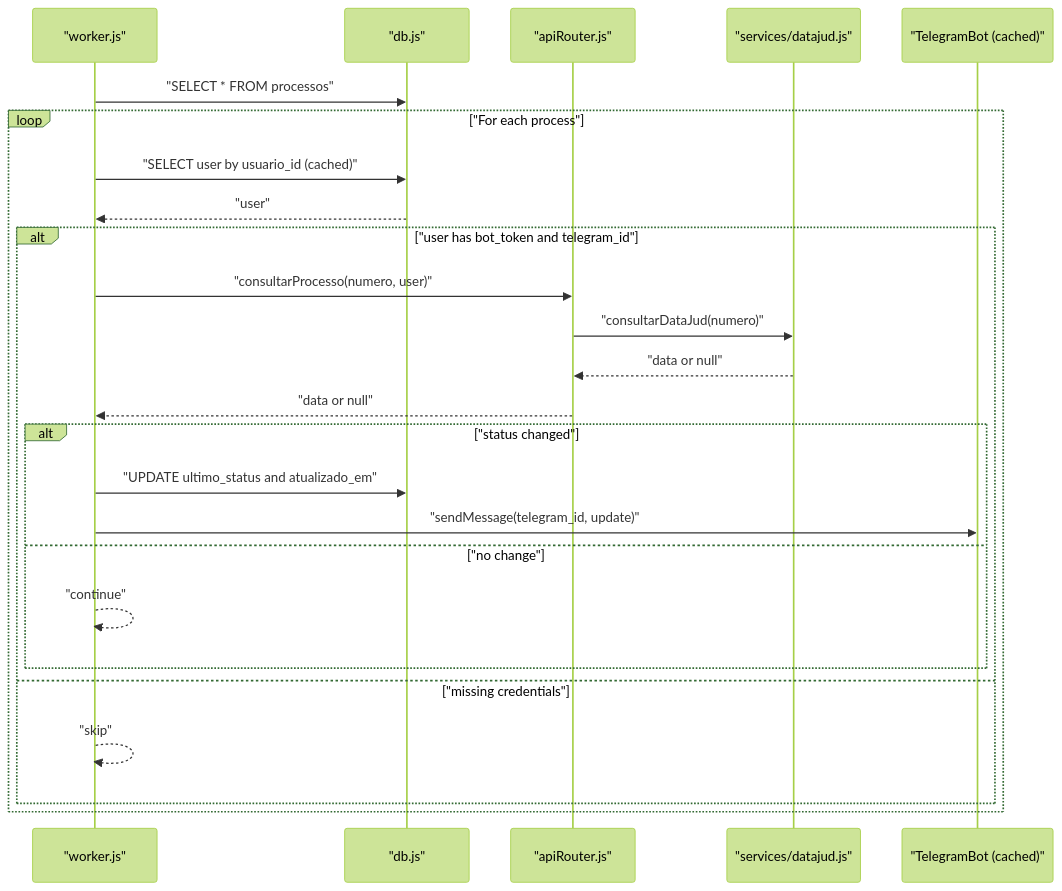
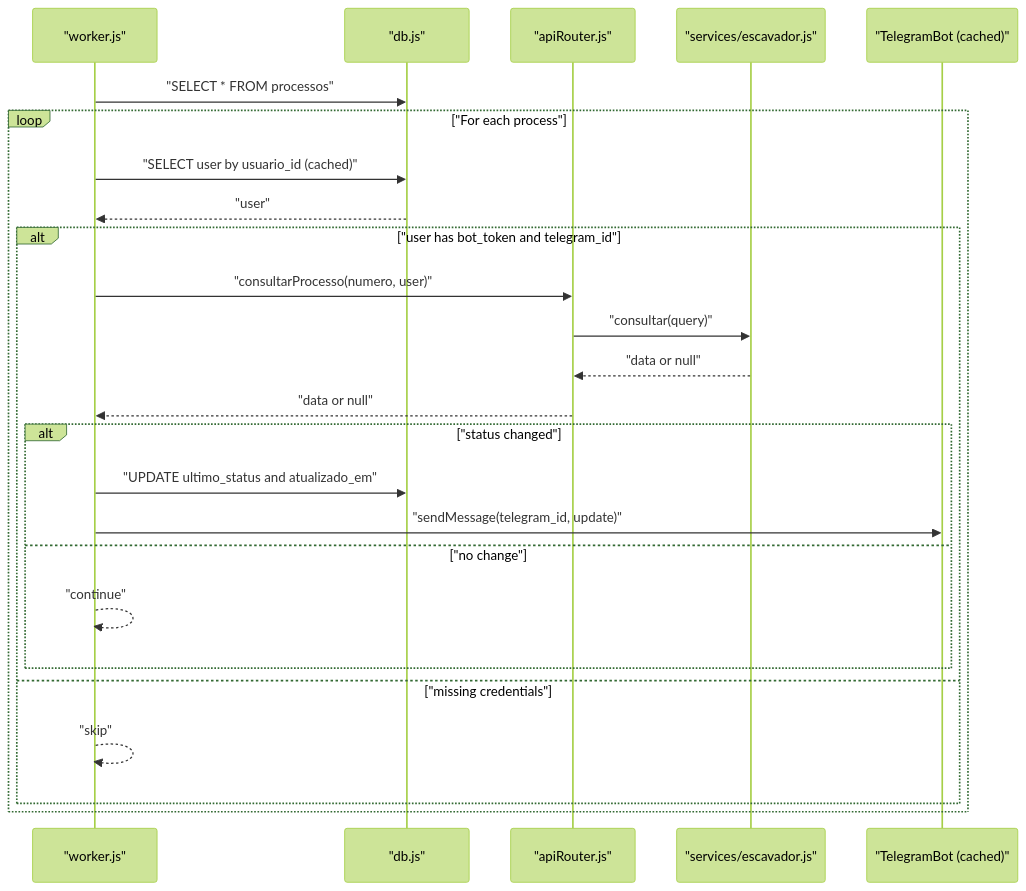
Before and after one commit to Alexandrexicara/bot-processos: the sixth of 11 diagrams in .qoder/repowiki/en/content/Telegram Bot Integration/Telegram Bot Integration.md, drawn with Mermaid (forest theme). The commit also changed other lines of this file and 6 other files, not shown here.

````diff
--- a/.qoder/repowiki/en/content/Telegram Bot Integration/Telegram Bot Integration.md
+++ b/.qoder/repowiki/en/content/Telegram Bot Integration/Telegram Bot Integration.md
@@ -270,27 +289,27 @@
 ```mermaid
 sequenceDiagram
 participant W as "worker.js"
 participant DB as "db.js"
 participant AR as "apiRouter.js"
-participant DJ as "services/datajud.js"
+participant ES as "services/escavador.js"
 participant BOT as "TelegramBot (cached)"
 W->>DB : "SELECT * FROM processos"
 loop "For each process"
 W->>DB : "SELECT user by usuario_id (cached)"
 DB-->>W : "user"
 alt "user has bot_token and telegram_id"
 W->>AR : "consultarProcesso(numero, user)"
-AR->>DJ : "consultarDataJud(numero)"
-DJ-->>AR : "data or null"
+AR->>ES : "consultar(query)"
+ES-->>AR : "data or null"
 AR-->>W : "data or null"
 alt "status changed"
 W->>DB : "UPDATE ultimo_status and atualizado_em"
 W->>BOT : "sendMessage(telegram_id, update)"
 else "no change"
 W-->>W : "continue"
 end
 else "missing credentials"
 W-->>W : "skip"
 end
 end
 ```
````
